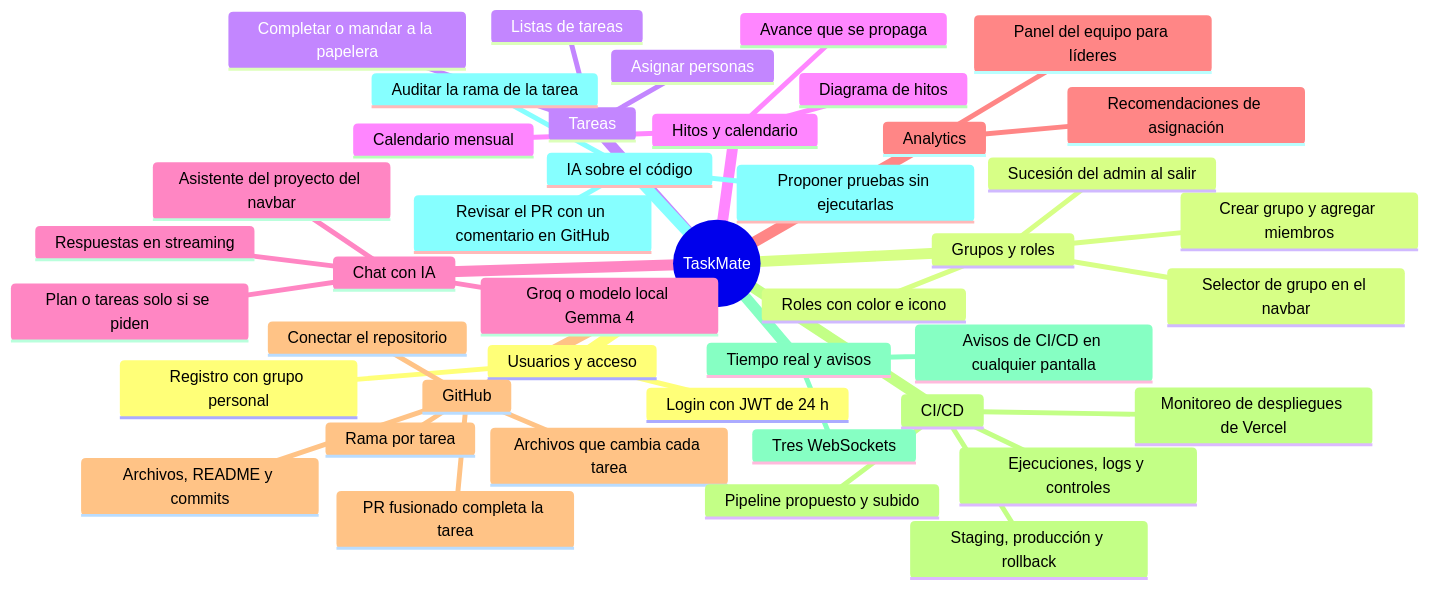
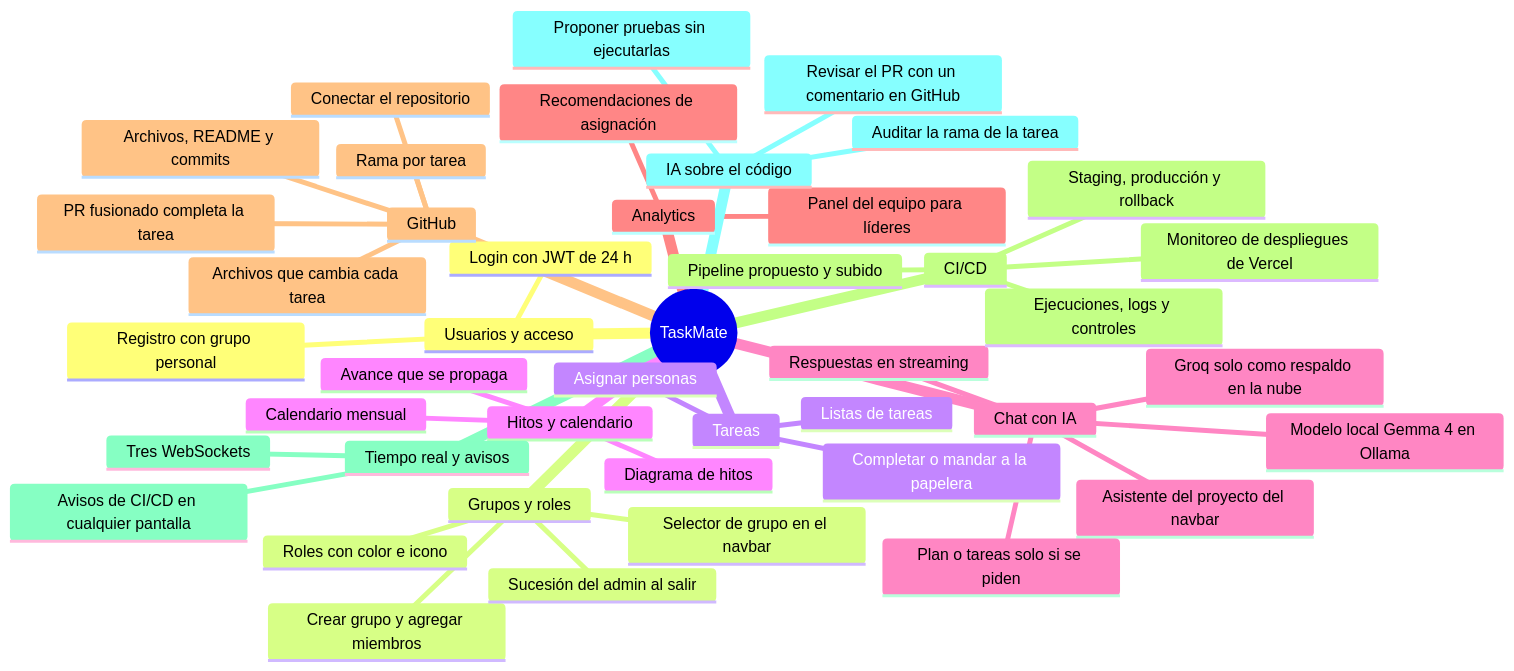
One commit to PabloP150/proyecto-is-cc6 changed the diagram in documentacion/01-proyecto/que-es-taskmate.md. Above: the diagram before and after it, drawn with Mermaid. The commit also changed other lines of this file and 78 other files, not shown here.

First line of the commit message:
docs: present the local model (Gemma 4 on Ollama) as TaskMate's AI and Groq as the cloud fallback

````diff
--- a/documentacion/01-proyecto/que-es-taskmate.md
+++ b/documentacion/01-proyecto/que-es-taskmate.md
@@ -5,46 +5,47 @@
 ```mermaid
 mindmap
   root((TaskMate))
     Usuarios y acceso
       Registro con grupo personal
       Login con JWT de 24 h
     Grupos y roles
       Crear grupo y agregar miembros
       Roles con color e icono
       Sucesión del admin al salir
       Selector de grupo en el navbar
     Tareas
       Listas de tareas
       Completar o mandar a la papelera
       Asignar personas
     Hitos y calendario
       Diagrama de hitos
       Avance que se propaga
       Calendario mensual
     Chat con IA
       Asistente del proyecto del navbar
-      Groq o modelo local Gemma 4
+      Modelo local Gemma 4 en Ollama
+      Groq solo como respaldo en la nube
       Respuestas en streaming
       Plan o tareas solo si se piden
     Analytics
       Panel del equipo para líderes
       Recomendaciones de asignación
     GitHub
       Conectar el repositorio
       Archivos, README y commits
       Rama por tarea
       Archivos que cambia cada tarea
       PR fusionado completa la tarea
     CI/CD
       Pipeline propuesto y subido
       Ejecuciones, logs y controles
       Staging, producción y rollback
       Monitoreo de despliegues de Vercel
     Tiempo real y avisos
       Tres WebSockets
       Avisos de CI/CD en cualquier pantalla
     IA sobre el código
       Auditar la rama de la tarea
       Proponer pruebas sin ejecutarlas
       Revisar el PR con un comentario en GitHub
 ```
````
